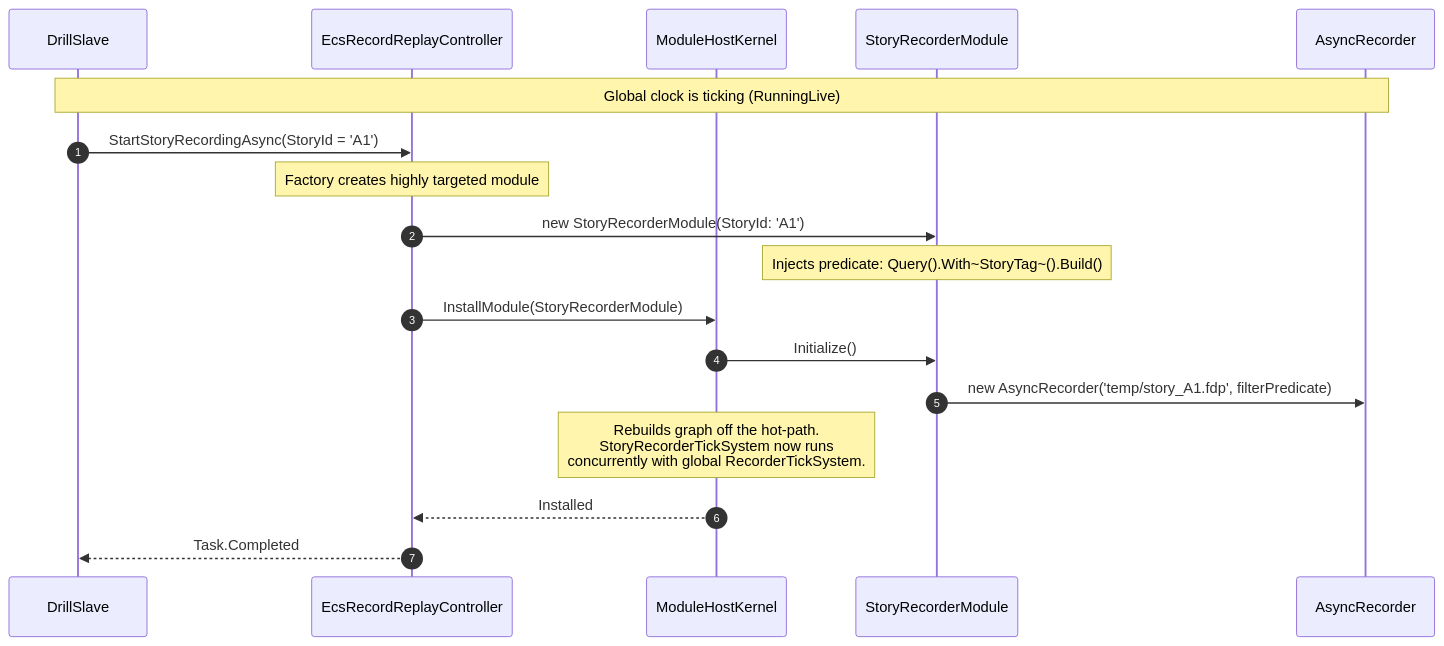
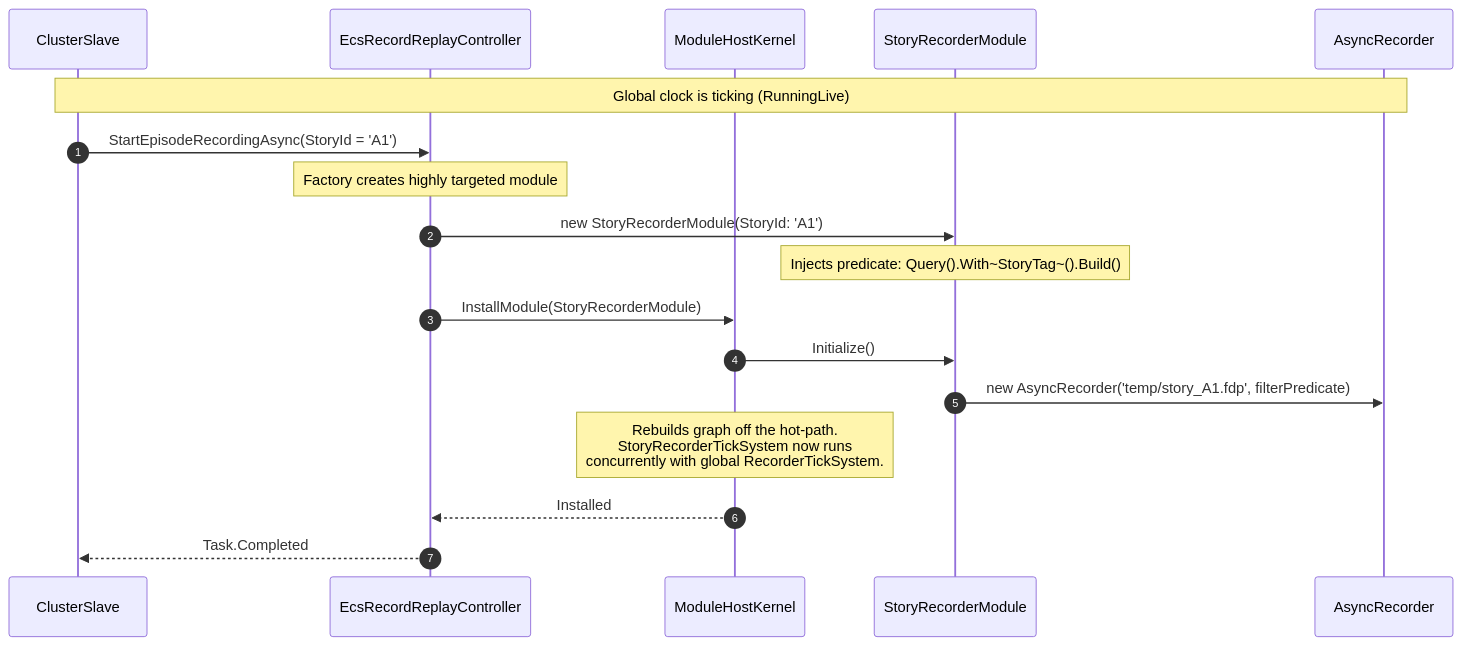
The eighth of 11 diagrams in .dev/cgf-1/mgmt-DESIGN.md (pjanec/HROT), drawn with Mermaid before and after one commit. The commit also changed other lines of this file and 1539 other files, not shown here.

````diff
--- a/.dev/cgf-1/mgmt-DESIGN.md
+++ b/.dev/cgf-1/mgmt-DESIGN.md
@@ -2080,26 +2080,26 @@
 ```mermaid
 sequenceDiagram
     autonumber
-    participant SSM as DrillSlave
+    participant SSM as ClusterSlave
     participant ERC as EcsRecordReplayController
     participant MHK as ModuleHostKernel
     participant SRM as StoryRecorderModule
     participant AR as AsyncRecorder
 
     Note over SSM, AR: Global clock is ticking (RunningLive)
 
-    SSM->>ERC: StartStoryRecordingAsync(StoryId = 'A1')
+    SSM->>ERC: StartEpisodeRecordingAsync(StoryId = 'A1')
 
     Note over ERC: Factory creates highly targeted module
     ERC->>SRM: new StoryRecorderModule(StoryId: 'A1')
     Note over SRM: Injects predicate: Query().With~StoryTag~().Build()
 
     ERC->>MHK: InstallModule(StoryRecorderModule)
     MHK->>SRM: Initialize()
     SRM->>AR: new AsyncRecorder('temp/story_A1.fdp', filterPredicate)
 
     Note over MHK: Rebuilds graph off the hot-path.<br/>StoryRecorderTickSystem now runs<br/>concurrently with global RecorderTickSystem.
 
     MHK-->>ERC: Installed
     ERC-->>SSM: Task.Completed
 ```
````
